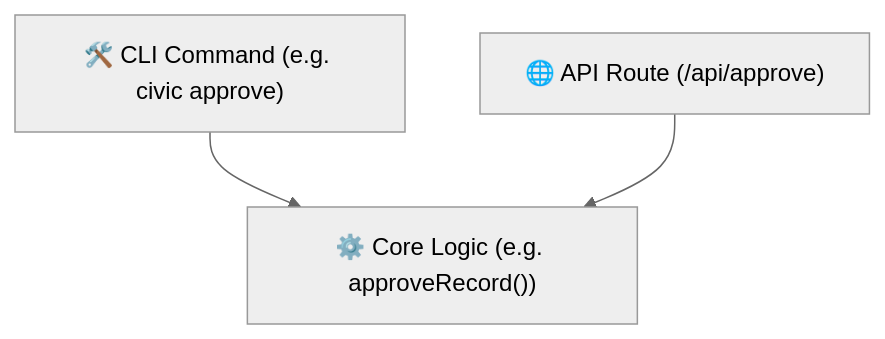
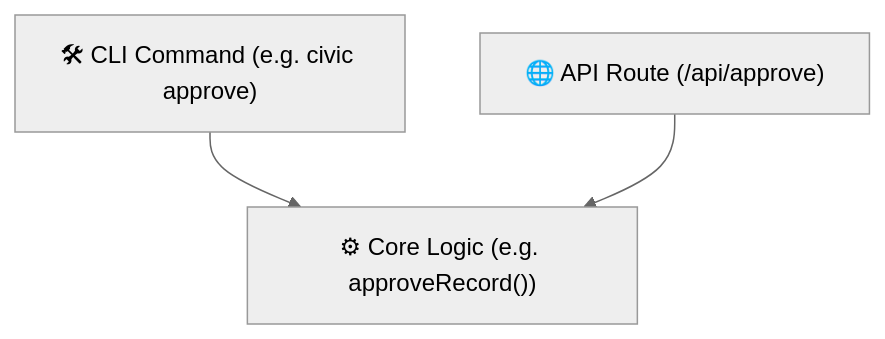
Before and after one commit to CivicPress/civicpress: the diagram in docs/dev-pattern.md, drawn with Mermaid (neutral theme). The commit also changed other lines of this file and 156 other files, not shown here.

````diff
--- a/docs/dev-pattern.md
+++ b/docs/dev-pattern.md
@@ -52,9 +52,9 @@
 ```mermaid
 graph TD
-  CLI["🛠️ CLI Command (e.g. civic approve)"]
-  Core["⚙️ Core Logic (e.g. approveRecord())"]
+  CLI["🛠 CLI Command (e.g. civic approve)"]
+  Core["⚙ Core Logic (e.g. approveRecord())"]
   API["🌐 API Route (/api/approve)"]
 
   CLI --> Core
   API --> Core
 ```
````
